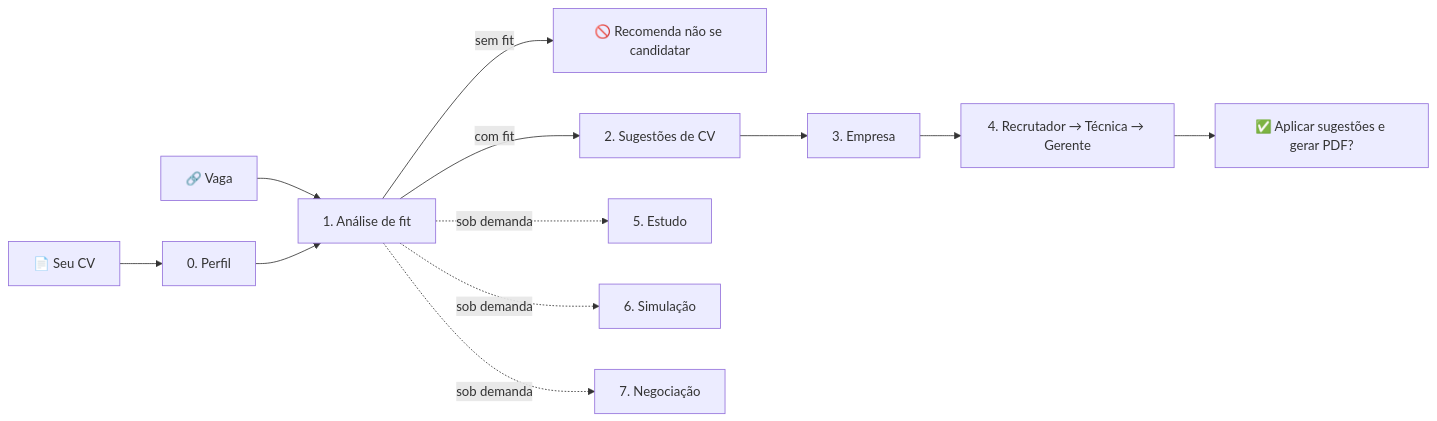
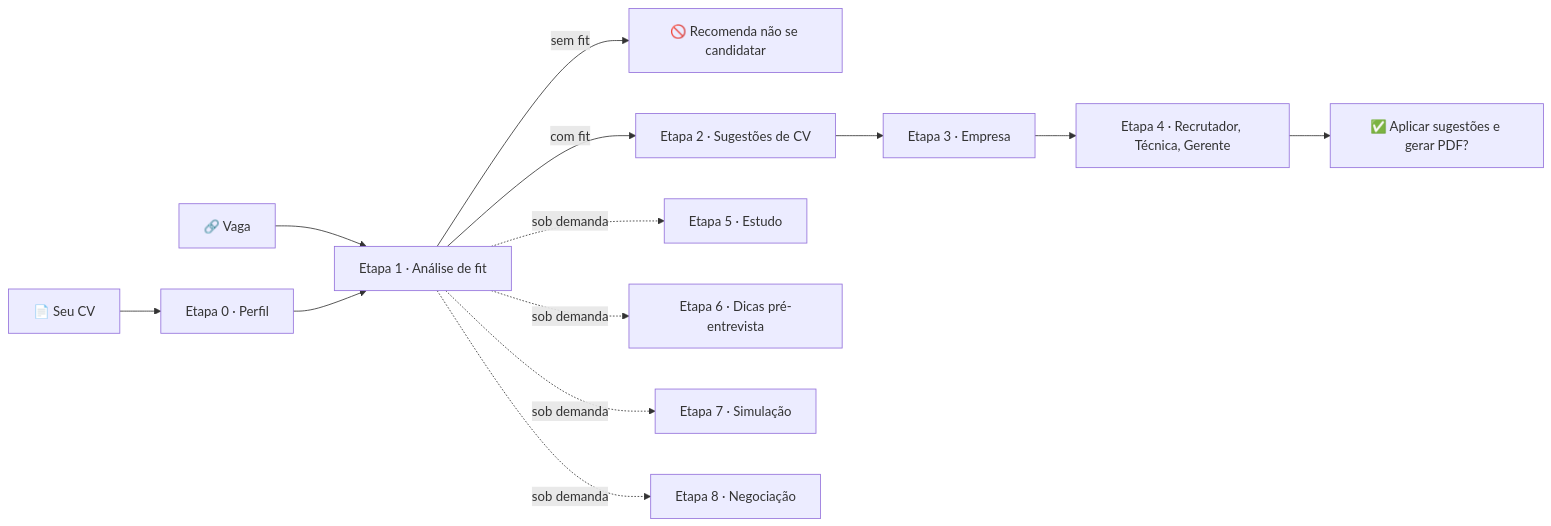
One commit to alemakray/prep-interview changed the diagram in README.md. Above: the diagram before and after it, drawn with Mermaid. The commit also changed other lines of this file and 7 other files, not shown here.

Commit message:
feat: etapa 6 com dicas pré-entrevista

````diff
--- a/README.md
+++ b/README.md
@@ -36,14 +37,15 @@
 ```mermaid
 flowchart LR
-    CV[📄 Seu CV] --> P0[0. Perfil]
-    JD[🔗 Vaga] --> E1
-    P0 --> E1[1. Análise de fit]
-    E1 -->|sem fit| X[🚫 Recomenda não se candidatar]
-    E1 -->|com fit| E2[2. Sugestões de CV]
-    E2 --> E3[3. Empresa]
-    E3 --> E4[4. Recrutador → Técnica → Gerente]
-    E4 --> FIM[✅ Aplicar sugestões e gerar PDF?]
-    E1 -.sob demanda.-> E5[5. Estudo]
-    E1 -.sob demanda.-> E6[6. Simulação]
-    E1 -.sob demanda.-> E7[7. Negociação]
+    CV["📄 Seu CV"] --> P0["Etapa 0 · Perfil"]
+    JD["🔗 Vaga"] --> E1
+    P0 --> E1["Etapa 1 · Análise de fit"]
+    E1 -->|sem fit| X["🚫 Recomenda não se candidatar"]
+    E1 -->|com fit| E2["Etapa 2 · Sugestões de CV"]
+    E2 --> E3["Etapa 3 · Empresa"]
+    E3 --> E4["Etapa 4 · Recrutador, Técnica, Gerente"]
+    E4 --> FIM["✅ Aplicar sugestões e gerar PDF?"]
+    E1 -. sob demanda .-> E5["Etapa 5 · Estudo"]
+    E1 -. sob demanda .-> E6["Etapa 6 · Dicas pré-entrevista"]
+    E1 -. sob demanda .-> E7["Etapa 7 · Simulação"]
+    E1 -. sob demanda .-> E8["Etapa 8 · Negociação"]
 ```
````
